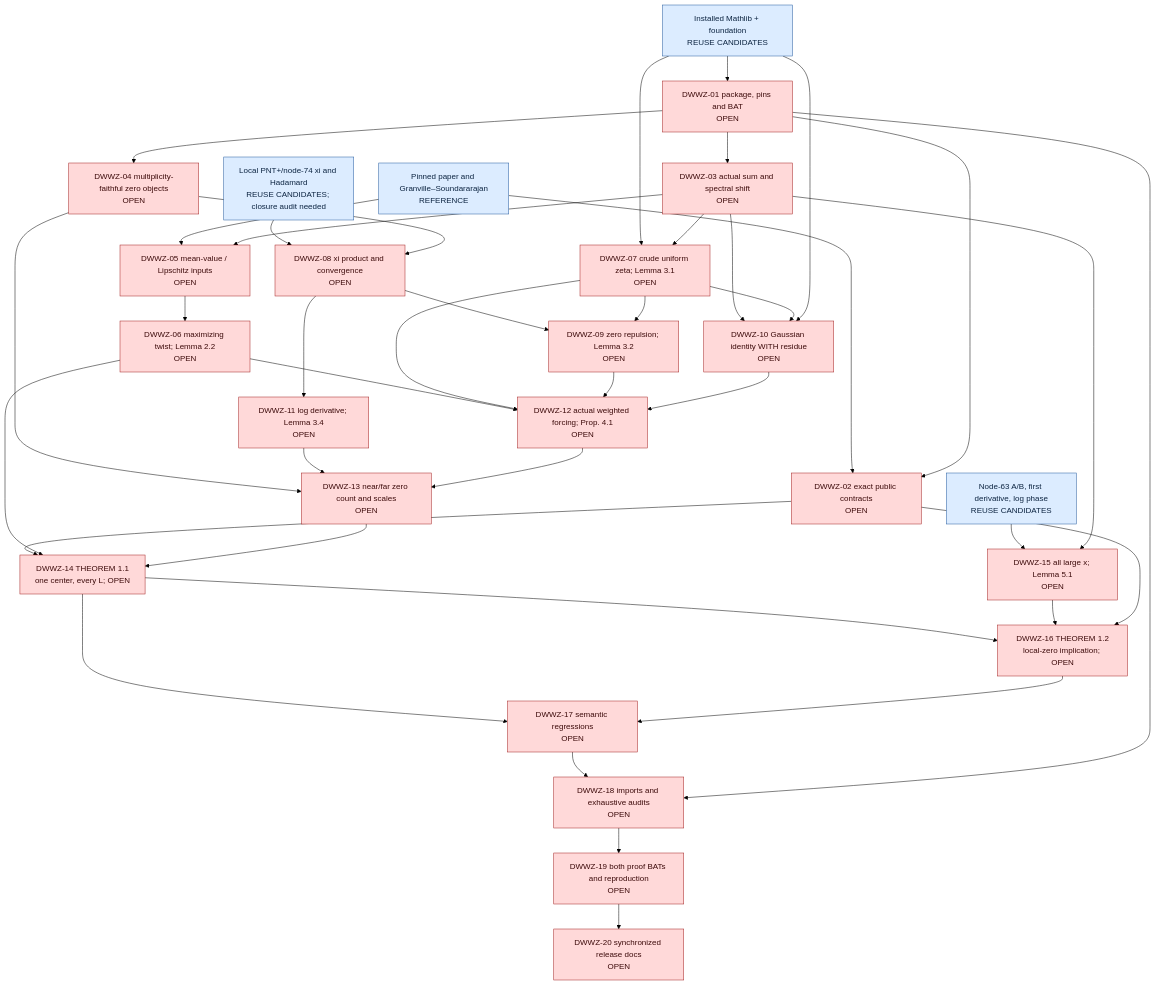
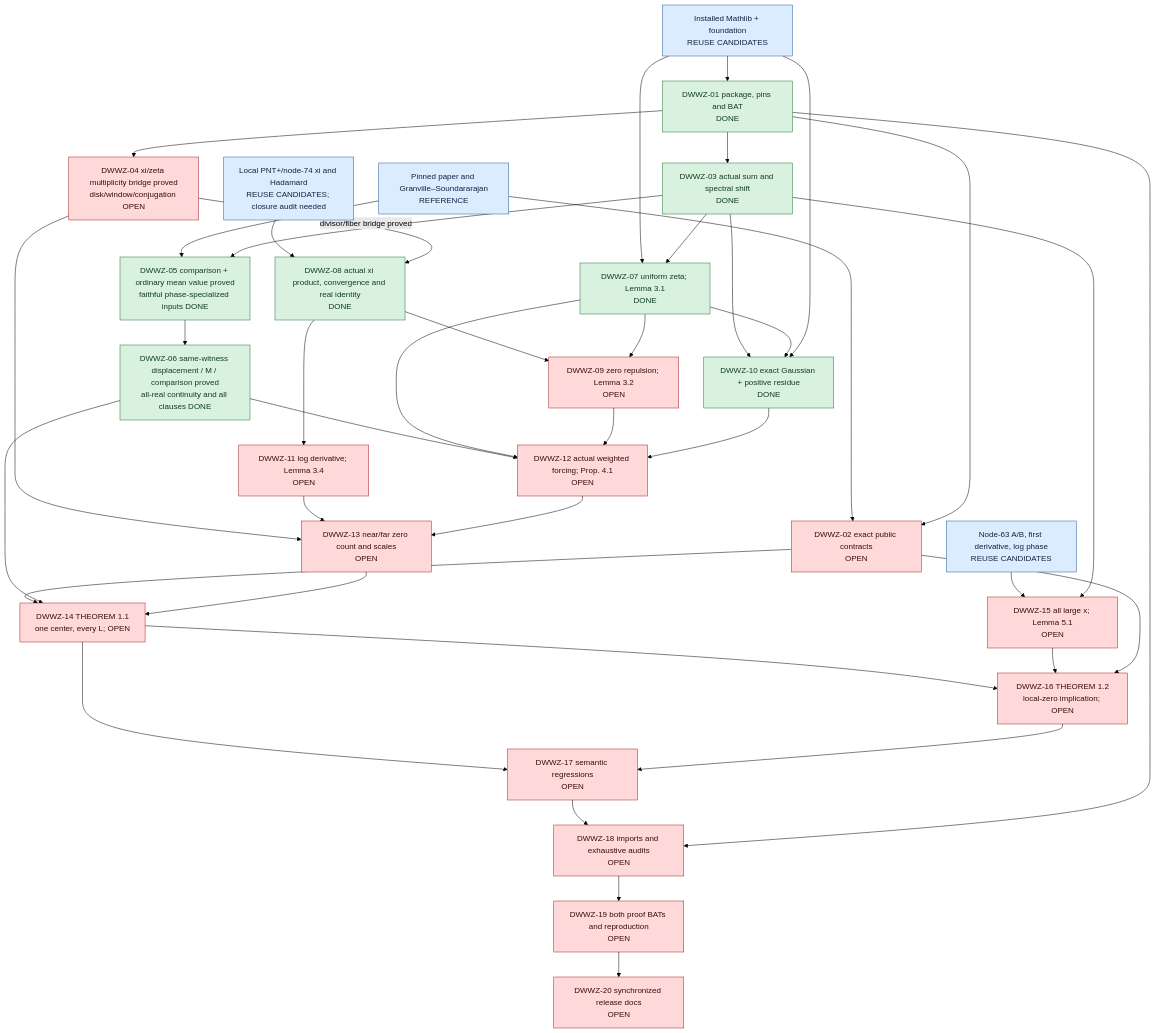
One commit to smccolm/Lean changed the diagram in Riemann Zeta/9. Zero Density, Large Values and Prime Transfer/77 Dong-Wang-Wang-Zhang, 2026/Dong-Wang-Wang-Zhang Architecture.md. Above: the diagram before and after it, drawn with Mermaid (forest theme). The commit also changed other lines of this file and 47 other files, not shown here.

````diff
--- a/Riemann Zeta/9. Zero Density, Large Values and Prime Transfer/77 Dong-Wang-Wang-Zhang, 2026/Dong-Wang-Wang-Zhang Architecture.md
+++ b/Riemann Zeta/9. Zero Density, Large Values and Prime Transfer/77 Dong-Wang-Wang-Zhang, 2026/Dong-Wang-Wang-Zhang Architecture.md
@@ -5,70 +5,72 @@
 ```mermaid
 flowchart TD
     SRC["Pinned paper and Granville–Soundararajan<br/>REFERENCE"]
     ML["Installed Mathlib + foundation<br/>REUSE CANDIDATES"]
     XI["Local PNT+/node-74 xi and Hadamard<br/>REUSE CANDIDATES; closure audit needed"]
     EP["Node-63 A/B, first derivative, log phase<br/>REUSE CANDIDATES"]
-    G01["DWWZ-01 package, pins and BAT<br/>OPEN"]
+    G01["DWWZ-01 package, pins and BAT<br/>DONE"]
     G02["DWWZ-02 exact public contracts<br/>OPEN"]
-    G03["DWWZ-03 actual sum and spectral shift<br/>OPEN"]
-    G04["DWWZ-04 multiplicity-faithful zero objects<br/>OPEN"]
-    G05["DWWZ-05 mean-value / Lipschitz inputs<br/>OPEN"]
-    G06["DWWZ-06 maximizing twist; Lemma 2.2<br/>OPEN"]
-    G07["DWWZ-07 crude uniform zeta; Lemma 3.1<br/>OPEN"]
-    G08["DWWZ-08 xi product and convergence<br/>OPEN"]
+    G03["DWWZ-03 actual sum and spectral shift<br/>DONE"]
+    G04["DWWZ-04 xi/zeta multiplicity bridge proved<br/>disk/window/conjugation OPEN"]
+    G05["DWWZ-05 comparison + ordinary mean value proved<br/>faithful phase-specialized inputs DONE"]
+    G06["DWWZ-06 same-witness displacement / M / comparison proved<br/>all-real continuity and all clauses DONE"]
+    G07["DWWZ-07 uniform zeta; Lemma 3.1<br/>DONE"]
+    G08["DWWZ-08 actual xi product, convergence and real identity<br/>DONE"]
     G09["DWWZ-09 zero repulsion; Lemma 3.2<br/>OPEN"]
-    G10["DWWZ-10 Gaussian identity WITH residue<br/>OPEN"]
+    G10["DWWZ-10 exact Gaussian + positive residue<br/>DONE"]
     G11["DWWZ-11 log derivative; Lemma 3.4<br/>OPEN"]
     G12["DWWZ-12 actual weighted forcing; Prop. 4.1<br/>OPEN"]
     G13["DWWZ-13 near/far zero count and scales<br/>OPEN"]
     G14["DWWZ-14 THEOREM 1.1<br/>one center, every L; OPEN"]
     G15["DWWZ-15 all large x; Lemma 5.1<br/>OPEN"]
     G16["DWWZ-16 THEOREM 1.2<br/>local-zero implication; OPEN"]
     G17["DWWZ-17 semantic regressions<br/>OPEN"]
     G18["DWWZ-18 imports and exhaustive audits<br/>OPEN"]
     G19["DWWZ-19 both proof BATs and reproduction<br/>OPEN"]
     G20["DWWZ-20 synchronized release docs<br/>OPEN"]
     ML --> G01
     SRC --> G02
     G01 --> G02
     G01 --> G03
     G01 --> G04
     SRC --> G05
     G03 --> G05
     G05 --> G06
     ML --> G07
     G03 --> G07
     XI --> G08
-    G04 --> G08
+    G04 -- "divisor/fiber bridge proved" --> G08
     G08 --> G09
     G07 --> G09
     G03 --> G10
     G07 --> G10
     ML --> G10
     G08 --> G11
     G06 --> G12
     G07 --> G12
     G09 --> G12
     G10 --> G12
     G04 --> G13
     G11 --> G13
     G12 --> G13
     G02 --> G14
     G06 --> G14
     G13 --> G14
     EP --> G15
     G03 --> G15
     G14 --> G16
     G15 --> G16
     G02 --> G16
     G14 --> G17
     G16 --> G17
     G17 --> G18
     G01 --> G18
     G18 --> G19
     G19 --> G20
     classDef reference fill:#dcecff,stroke:#245b9e,color:#0d2542;
     classDef open fill:#ffd9d9,stroke:#a32121,color:#3d0b0b;
+    classDef done fill:#d9f2df,stroke:#26753a,color:#123d1e;
     class SRC,ML,XI,EP reference;
-    class G01,G02,G03,G04,G05,G06,G07,G08,G09,G10,G11,G12,G13,G14,G15,G16,G17,G18,G19,G20 open;
+    class G01,G03,G05,G06,G07,G08,G10 done;
+    class G02,G04,G09,G11,G12,G13,G14,G15,G16,G17,G18,G19,G20 open;
 ```
````
